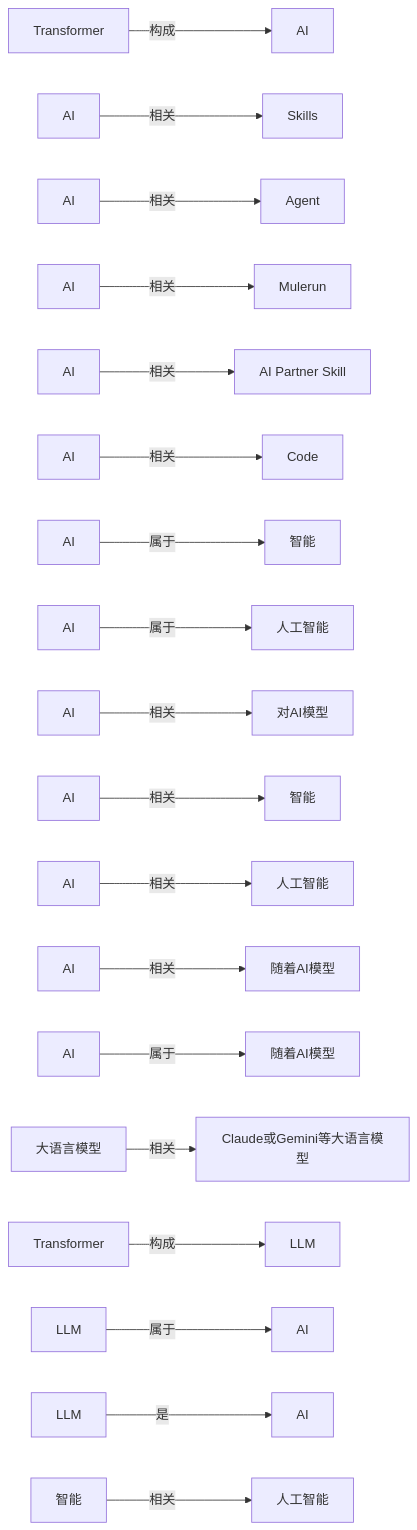
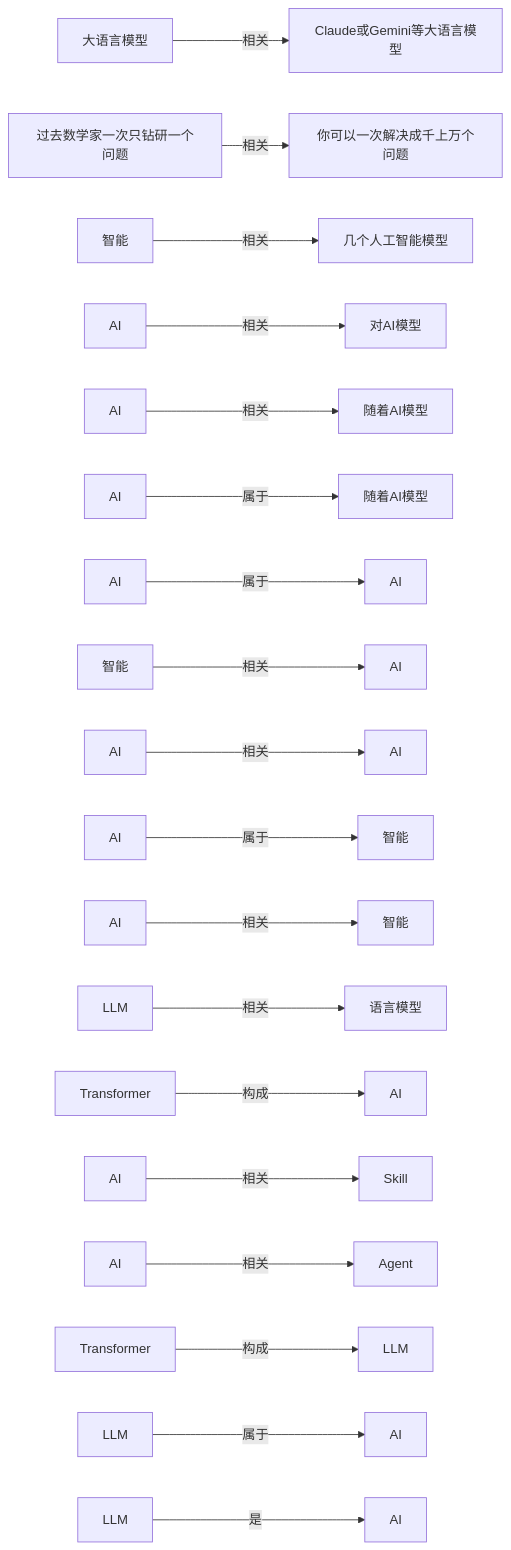
One commit to mwbel/ResearchManjushri changed the second of 2 diagrams in LLM Wiki/wiki/domains/ai.md. Above: the diagram before and after it, drawn with Mermaid. The commit also changed other lines of this file and 172 other files, not shown here.

````diff
--- a/LLM Wiki/wiki/domains/ai.md
+++ b/LLM Wiki/wiki/domains/ai.md
@@ -54,21 +54,21 @@
 ```mermaid
 flowchart LR
-    C1A["Transformer"] -- "构成" --> C1B["AI"]
-    C2A["AI"] -- "相关" --> C2B["Skills"]
-    C3A["AI"] -- "相关" --> C3B["Agent"]
-    C4A["AI"] -- "相关" --> C4B["Mulerun"]
-    C5A["AI"] -- "相关" --> C5B["AI Partner Skill"]
-    C6A["AI"] -- "相关" --> C6B["Code"]
-    C7A["AI"] -- "属于" --> C7B["智能"]
-    C8A["AI"] -- "属于" --> C8B["人工智能"]
-    C9A["AI"] -- "相关" --> C9B["对AI模型"]
-    C10A["AI"] -- "相关" --> C10B["智能"]
-    C11A["AI"] -- "相关" --> C11B["人工智能"]
-    C12A["AI"] -- "相关" --> C12B["随着AI模型"]
-    C13A["AI"] -- "属于" --> C13B["随着AI模型"]
-    C14A["大语言模型"] -- "相关" --> C14B["Claude或Gemini等大语言模型"]
-    C15A["Transformer"] -- "构成" --> C15B["LLM"]
-    C16A["LLM"] -- "属于" --> C16B["AI"]
-    C17A["LLM"] -- "是" --> C17B["AI"]
-    C18A["智能"] -- "相关" --> C18B["人工智能"]
+    C1A["大语言模型"] -- "相关" --> C1B["Claude或Gemini等大语言模型"]
+    C2A["过去数学家一次只钻研一个问题"] -- "相关" --> C2B["你可以一次解决成千上万个问题"]
+    C3A["智能"] -- "相关" --> C3B["几个人工智能模型"]
+    C4A["AI"] -- "相关" --> C4B["对AI模型"]
+    C5A["AI"] -- "相关" --> C5B["随着AI模型"]
+    C6A["AI"] -- "属于" --> C6B["随着AI模型"]
+    C7A["AI"] -- "属于" --> C7B["AI"]
+    C8A["智能"] -- "相关" --> C8B["AI"]
+    C9A["AI"] -- "相关" --> C9B["AI"]
+    C10A["AI"] -- "属于" --> C10B["智能"]
+    C11A["AI"] -- "相关" --> C11B["智能"]
+    C12A["LLM"] -- "相关" --> C12B["语言模型"]
+    C13A["Transformer"] -- "构成" --> C13B["AI"]
+    C14A["AI"] -- "相关" --> C14B["Skill"]
+    C15A["AI"] -- "相关" --> C15B["Agent"]
+    C16A["Transformer"] -- "构成" --> C16B["LLM"]
+    C17A["LLM"] -- "属于" --> C17B["AI"]
+    C18A["LLM"] -- "是" --> C18B["AI"]
 ```
````
